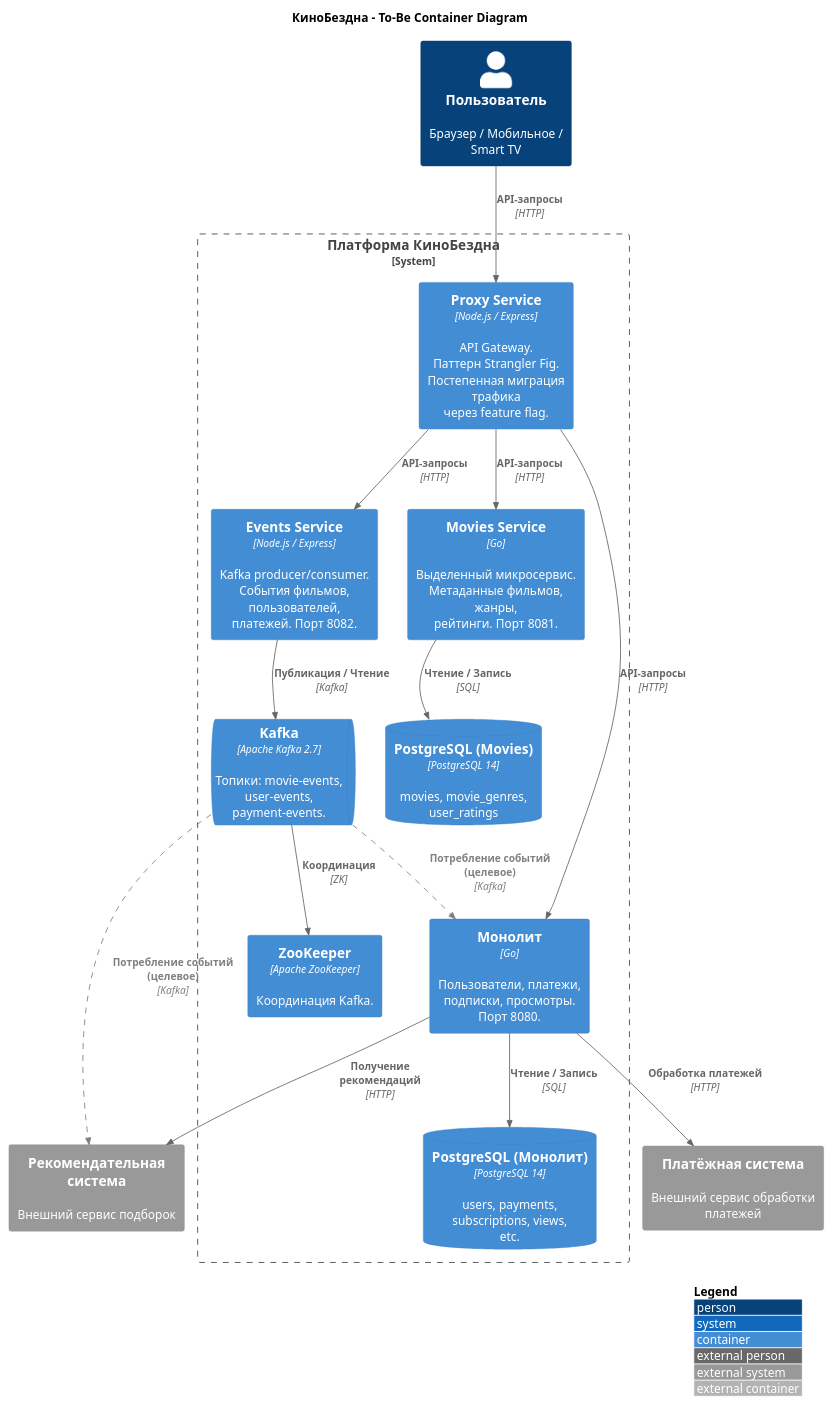
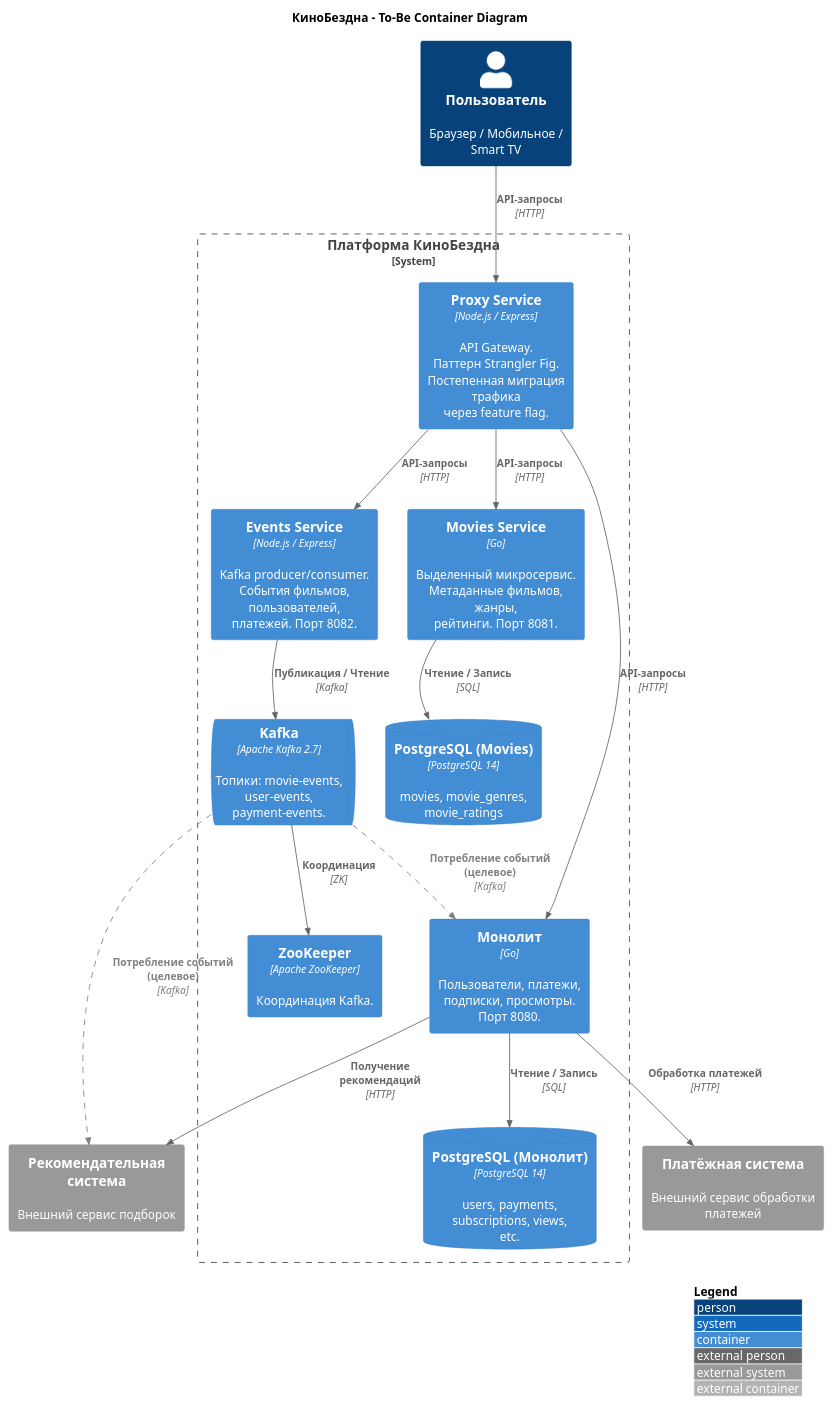
Before and after one commit to SiritosKon/architecture-cinemaabyss: the diagram in docs/c4-container-diagram.puml, drawn with PlantUML. The commit also changed 1 other file, not shown here.

Commit message:
fix: rename user_ratings to movie_ratings in Movies Service DB
The ratings table belongs to the movie domain, so naming it
movie_ratings is more consistent. user_id is stored as an
external identifier for cross-domain linking.

```diff
--- a/docs/c4-container-diagram.puml
+++ b/docs/c4-container-diagram.puml
@@ -1,51 +1,51 @@
 @startuml c4-container-diagram
 !include https://raw.githubusercontent.com/plantuml-stdlib/C4-PlantUML/master/C4_Container.puml
 
 LAYOUT_WITH_LEGEND()
 
 AddRelTag("future", $lineStyle = DashedLine(), $lineColor = "gray", $textColor = "gray")
 
 title КиноБездна - To-Be Container Diagram
 
 Person(user, "Пользователь", "Браузер / Мобильное / Smart TV")
 
 System_Ext(recsys, "Рекомендательная система", "Внешний сервис подборок")
 System_Ext(payment, "Платёжная система", "Внешний сервис обработки платежей")
 
 System_Boundary(platform, "Платформа КиноБездна") {
 
     Container(proxy, "Proxy Service", "Node.js / Express", "API Gateway.\nПаттерн Strangler Fig.\nПостепенная миграция трафика\nчерез feature flag.")
 
     Container(monolith, "Монолит", "Go", "Пользователи, платежи,\nподписки, просмотры.\nПорт 8080.")
 
     Container(movies, "Movies Service", "Go", "Выделенный микросервис.\nМетаданные фильмов, жанры,\nрейтинги. Порт 8081.")
 
     Container(events, "Events Service", "Node.js / Express", "Kafka producer/consumer.\nСобытия фильмов, пользователей,\nплатежей. Порт 8082.")
 
     ContainerDb(postgres_monolith, "PostgreSQL (Монолит)", "PostgreSQL 14", "users, payments,\nsubscriptions, views,\netc.")
 
-    ContainerDb(postgres_movies, "PostgreSQL (Movies)", "PostgreSQL 14", "movies, movie_genres,\nuser_ratings")
+    ContainerDb(postgres_movies, "PostgreSQL (Movies)", "PostgreSQL 14", "movies, movie_genres,\nmovie_ratings")
 
     ContainerQueue(kafka, "Kafka", "Apache Kafka 2.7", "Топики: movie-events,\nuser-events,\npayment-events.")
 
     Container(zookeeper, "ZooKeeper", "Apache ZooKeeper", "Координация Kafka.")
 }
 
 Rel(user, proxy, "API-запросы", "HTTP")
 Rel(proxy, monolith, "API-запросы", "HTTP")
 Rel(proxy, movies, "API-запросы", "HTTP")
 Rel(proxy, events, "API-запросы", "HTTP")
 
 Rel(monolith, postgres_monolith, "Чтение / Запись", "SQL")
 Rel(movies, postgres_movies, "Чтение / Запись", "SQL")
 
 Rel(events, kafka, "Публикация / Чтение", "Kafka")
 Rel(kafka, zookeeper, "Координация", "ZK")
 
 Rel(monolith, recsys, "Получение рекомендаций", "HTTP")
 Rel(monolith, payment, "Обработка платежей", "HTTP")
 
 Rel(kafka, monolith, "Потребление событий (целевое)", "Kafka", $tags="future")
 Rel(kafka, recsys, "Потребление событий (целевое)", "Kafka", $tags="future")
 
 @enduml
```
